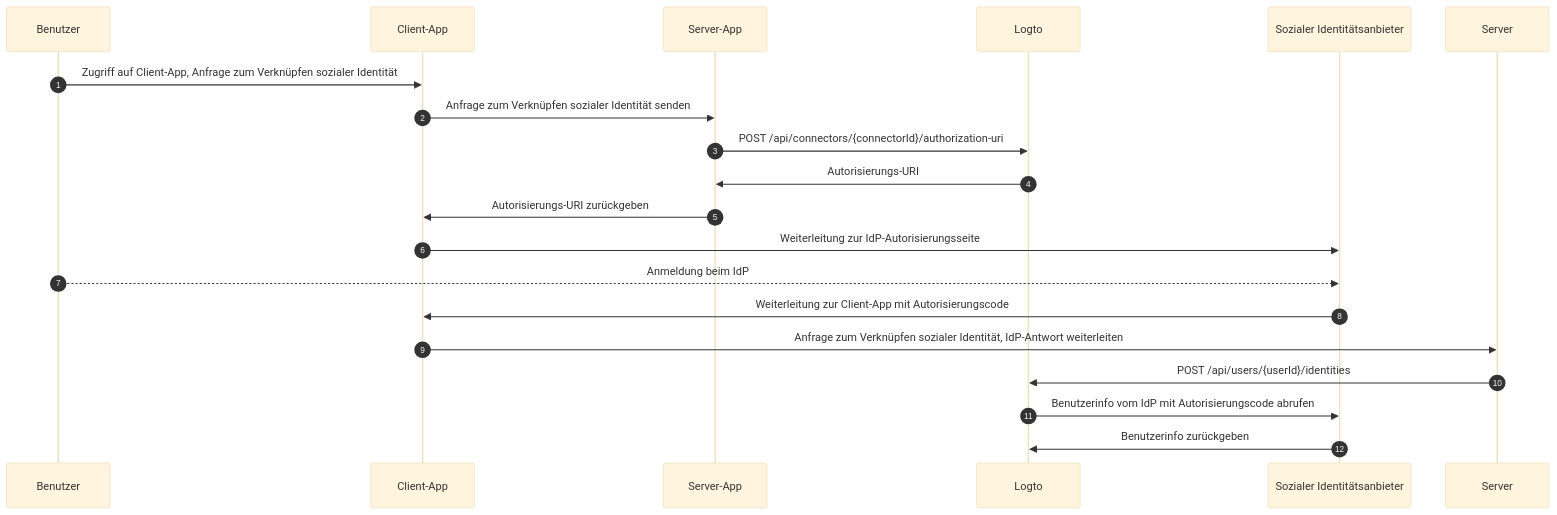
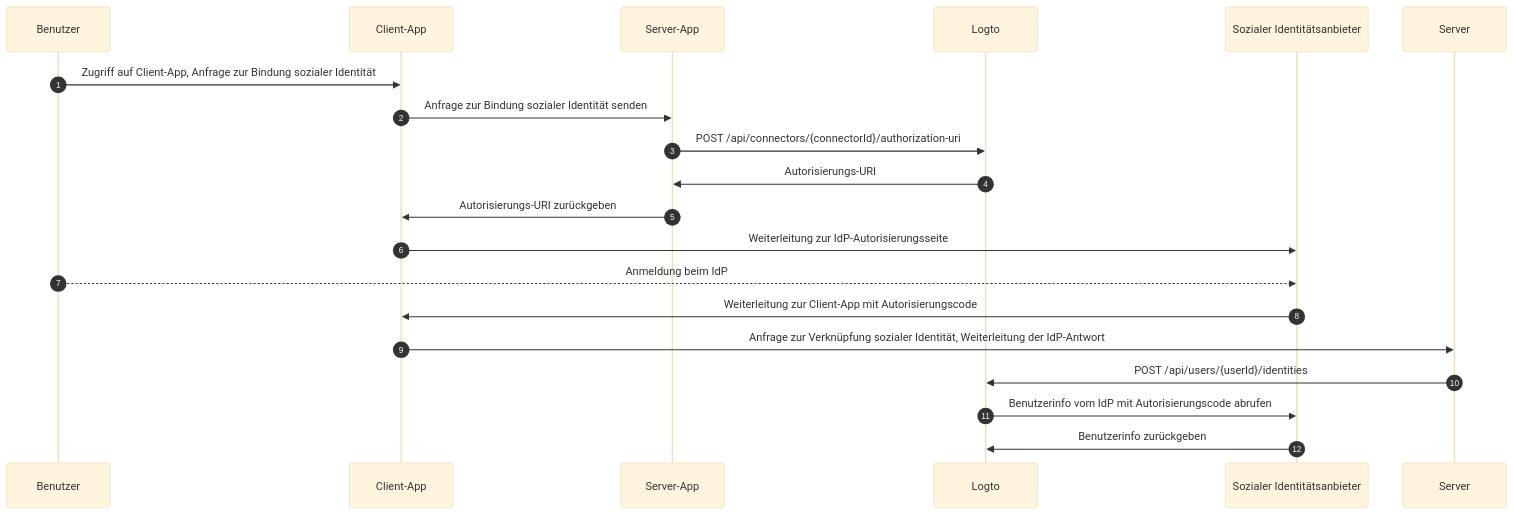
Before and after one commit to logto-io/docs: the third of 3 diagrams in i18n/de/docusaurus-plugin-content-docs/current/end-user-flows/account-settings/by-management-api.mdx, drawn with Mermaid (base theme). The commit also changed other lines of this file and 74 other files, not shown here.

````diff
--- a/i18n/de/docusaurus-plugin-content-docs/current/end-user-flows/account-settings/by-management-api.mdx
+++ b/i18n/de/docusaurus-plugin-content-docs/current/end-user-flows/account-settings/by-management-api.mdx
@@ -121,22 +121,22 @@
 ```mermaid
 sequenceDiagram
     autoNumber
     participant User as Benutzer
     participant Client as Client-App
     participant App as Server-App
     participant Logto as Logto
     participant IdP as Sozialer Identitätsanbieter
 
-    User ->> Client: Zugriff auf Client-App, Anfrage zum Verknüpfen sozialer Identität
-    Client ->> App: Anfrage zum Verknüpfen sozialer Identität senden
+    User ->> Client: Zugriff auf Client-App, Anfrage zur Bindung sozialer Identität
+    Client ->> App: Anfrage zur Bindung sozialer Identität senden
     App ->> Logto: POST /api/connectors/{connectorId}/authorization-uri
     Logto ->> App: Autorisierungs-URI
     App ->> Client: Autorisierungs-URI zurückgeben
     Client ->> IdP: Weiterleitung zur IdP-Autorisierungsseite
     User -->> IdP: Anmeldung beim IdP
     IdP ->> Client: Weiterleitung zur Client-App mit Autorisierungscode
-    Client ->> Server: Anfrage zum Verknüpfen sozialer Identität, IdP-Antwort weiterleiten
+    Client ->> Server: Anfrage zur Verknüpfung sozialer Identität, Weiterleitung der IdP-Antwort
     Server ->> Logto: POST /api/users/{userId}/identities
     Logto ->> IdP: Benutzerinfo vom IdP mit Autorisierungscode abrufen
     IdP ->> Logto: Benutzerinfo zurückgeben
 ```
````
